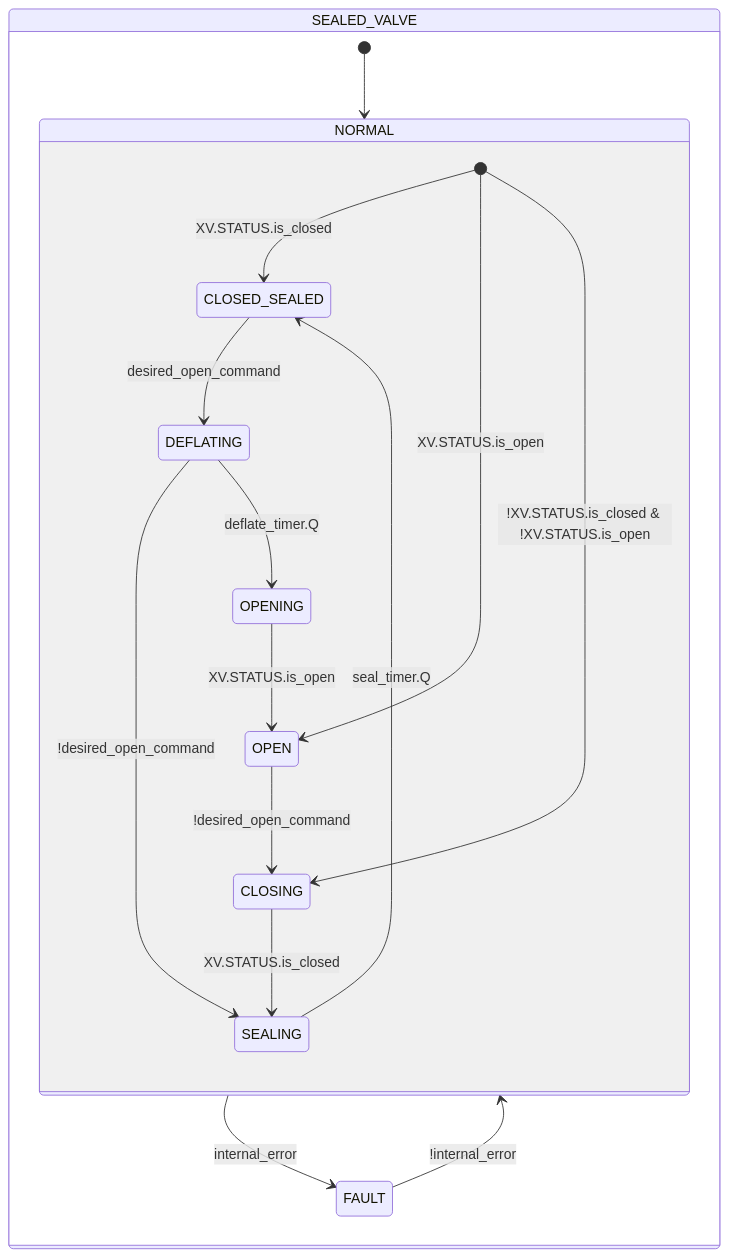
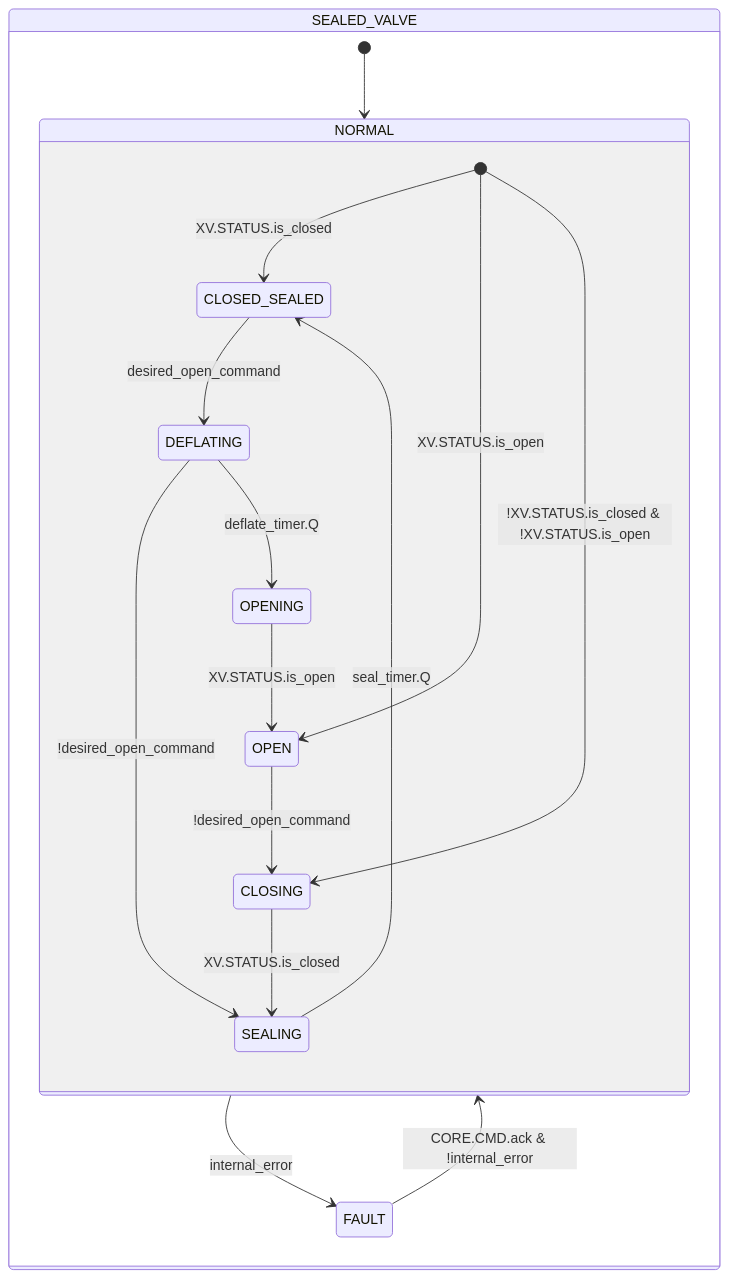
The second of 2 diagrams in docs/en/library/valves/sealed/index.md (AleFire99/TIA_knowledge), drawn with Mermaid before and after one commit. The commit also changed other lines of this file and 6 other files, not shown here.

First line of the commit message:
fix: require CMD.ack for Sealed_valve FAULT recovery

````diff
--- a/docs/en/library/valves/sealed/index.md
+++ b/docs/en/library/valves/sealed/index.md
@@ -112,21 +112,21 @@
 ```mermaid
 stateDiagram-v2
 state SEALED_VALVE{
     [*] --> NORMAL
     NORMAL --> FAULT : internal_error
-    FAULT --> NORMAL : !internal_error
+    FAULT --> NORMAL : CORE.CMD.ack & !internal_error
 
     state NORMAL {
         [*] --> CLOSED_SEALED : XV.STATUS.is_closed
         [*] --> OPEN : XV.STATUS.is_open
         [*] --> CLOSING : !XV.STATUS.is_closed & !XV.STATUS.is_open
         CLOSED_SEALED --> DEFLATING : desired_open_command
         DEFLATING --> SEALING : !desired_open_command
         DEFLATING --> OPENING : deflate_timer.Q
         OPENING --> OPEN : XV.STATUS.is_open
         OPEN --> CLOSING : !desired_open_command
         CLOSING --> SEALING : XV.STATUS.is_closed
         SEALING --> CLOSED_SEALED : seal_timer.Q
     }
 }
 ```
````
